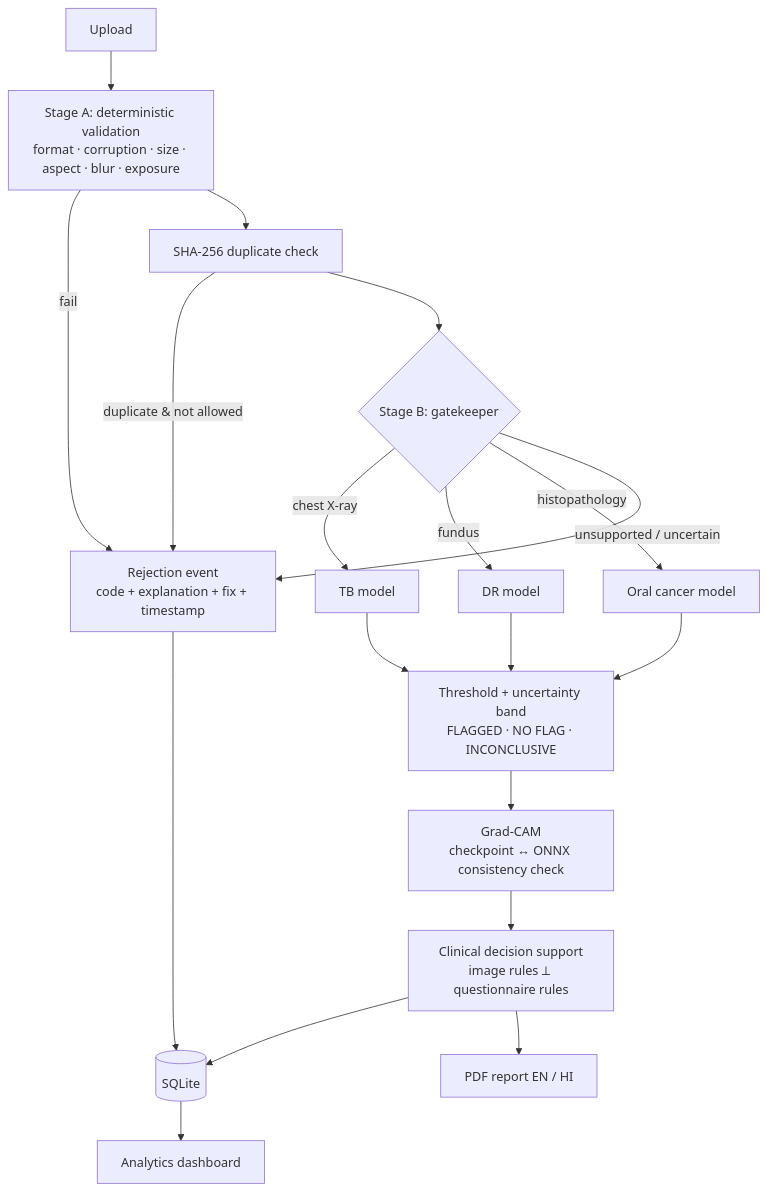
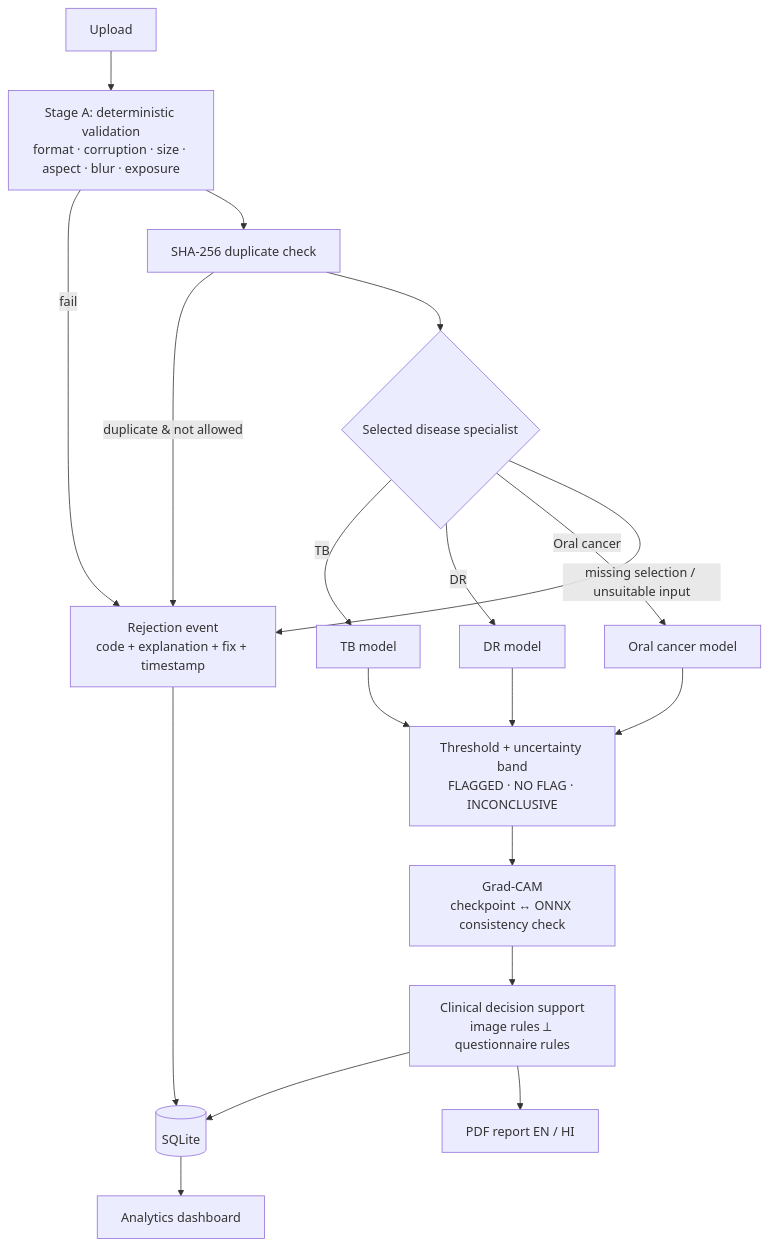
One commit to avaneeshtkur/MULTIMODAL-DISEASE-CLASSIFIER changed the diagram in README.md. Above: the diagram before and after it, drawn with Mermaid. The commit also changed other lines of this file, not shown here.

````diff
--- a/README.md
+++ b/README.md
@@ -34,19 +34,19 @@
 ```mermaid
 flowchart TD
     U[Upload] --> A[Stage A: deterministic validation<br/>format · corruption · size · aspect · blur · exposure]
     A -->|fail| R[Rejection event<br/>code + explanation + fix + timestamp]
     A --> D[SHA-256 duplicate check]
     D -->|duplicate & not allowed| R
-    D --> G{Stage B: gatekeeper}
-    G -->|chest X-ray| TB[TB model]
-    G -->|fundus| DR[DR model]
-    G -->|histopathology| OR[Oral cancer model]
-    G -->|unsupported / uncertain| R
+    D --> S{Selected disease specialist}
+    S -->|TB| TB[TB model]
+    S -->|DR| DR[DR model]
+    S -->|Oral cancer| OR[Oral cancer model]
+    S -->|missing selection / unsuitable input| R
     TB & DR & OR --> P[Threshold + uncertainty band<br/>FLAGGED · NO FLAG · INCONCLUSIVE]
     P --> X[Grad-CAM<br/>checkpoint ↔ ONNX consistency check]
     X --> C[Clinical decision support<br/>image rules ⟂ questionnaire rules]
     C --> DB[(SQLite)]
     C --> PDF[PDF report EN / HI]
     DB --> AN[Analytics dashboard]
     R --> DB
 ```
````
